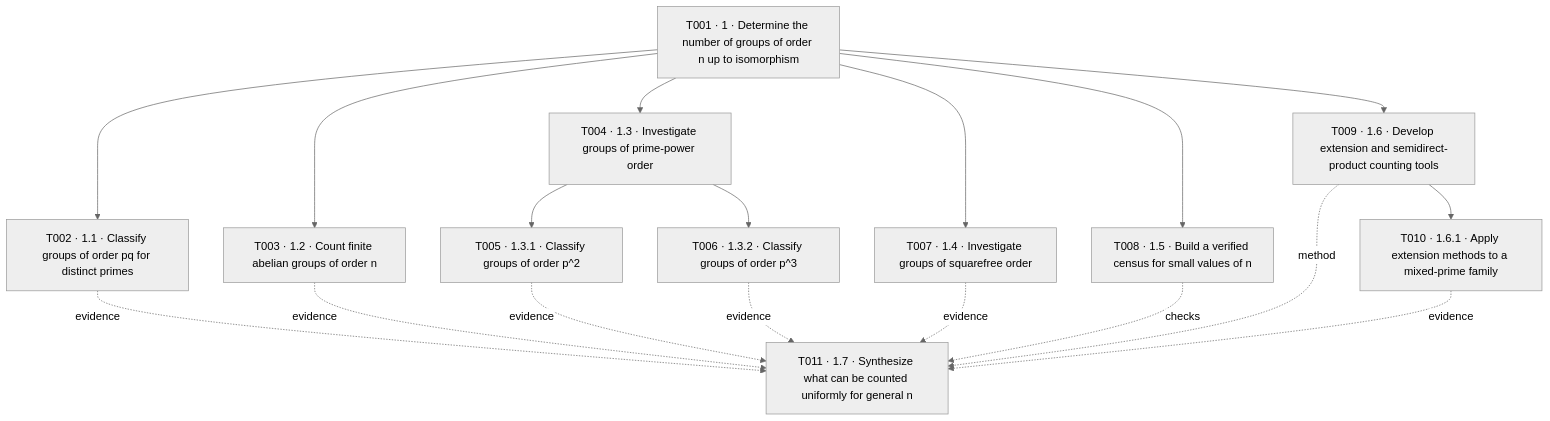
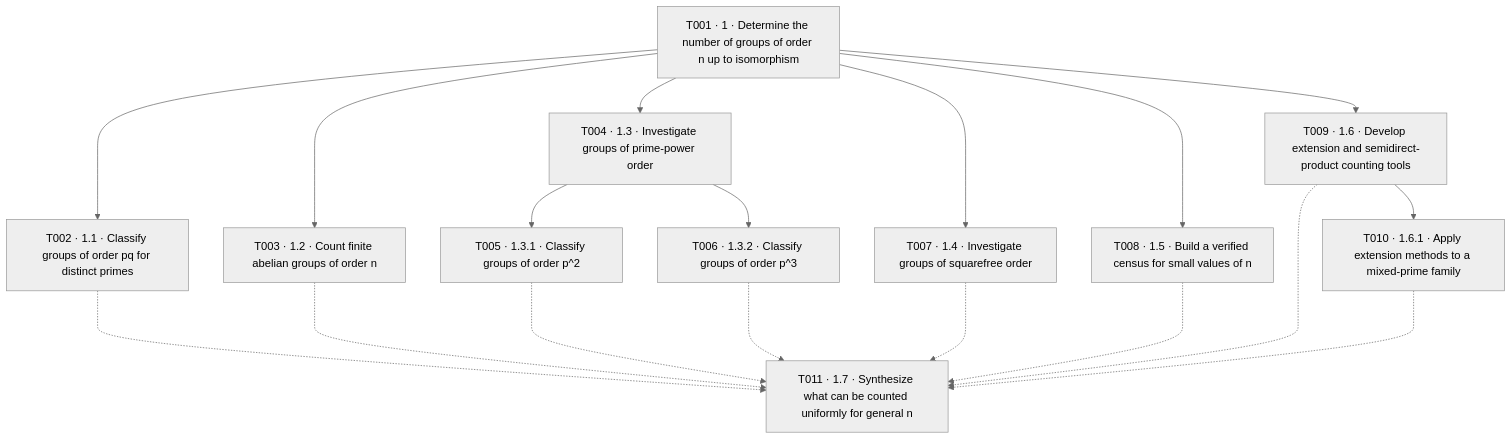
One commit to AidanRDonahue/Research-Agent changed the diagram in Getting-Started.md. Above: the diagram before and after it, drawn with Mermaid (neutral theme). The commit also changed other lines of this file, not shown here.

Commit message:
Revise roadmap dependency notation and clarify purpose
Updated the representation of relationships in the roadmap section, changing the notation for dependencies from dashed to dotted arrows. Clarified the purpose of the roadmap as a research map rather than a prewritten solution plan.

````diff
--- a/Getting-Started.md
+++ b/Getting-Started.md
@@ -209,35 +209,35 @@
 ```mermaid
 flowchart TD
     T001["T001 · 1 · Determine the number of groups of order n up to isomorphism"]
 
     T002["T002 · 1.1 · Classify groups of order pq for distinct primes"]
     T003["T003 · 1.2 · Count finite abelian groups of order n"]
     T004["T004 · 1.3 · Investigate groups of prime-power order"]
     T005["T005 · 1.3.1 · Classify groups of order p^2"]
     T006["T006 · 1.3.2 · Classify groups of order p^3"]
     T007["T007 · 1.4 · Investigate groups of squarefree order"]
     T008["T008 · 1.5 · Build a verified census for small values of n"]
     T009["T009 · 1.6 · Develop extension and semidirect-product counting tools"]
     T010["T010 · 1.6.1 · Apply extension methods to a mixed-prime family"]
     T011["T011 · 1.7 · Synthesize what can be counted uniformly for general n"]
 
     T001 --> T002
     T001 --> T003
     T001 --> T004
     T004 --> T005
     T004 --> T006
     T001 --> T007
     T001 --> T008
     T001 --> T009
     T009 --> T010
 
 
-    T002 -. "evidence" .-> T011
-    T003 -. "evidence" .-> T011
-    T005 -. "evidence" .-> T011
-    T006 -. "evidence" .-> T011
-    T007 -. "evidence" .-> T011
-    T008 -. "checks" .-> T011
-    T009 -. "method" .-> T011
-    T010 -. "evidence" .-> T011
+    T002 -..-> T011
+    T003 -..-> T011
+    T005 -..-> T011
+    T006 -..-> T011
+    T007 -..-> T011
+    T008 -..-> T011
+    T009 -..-> T011
+    T010 -..-> T011
 ```
````
